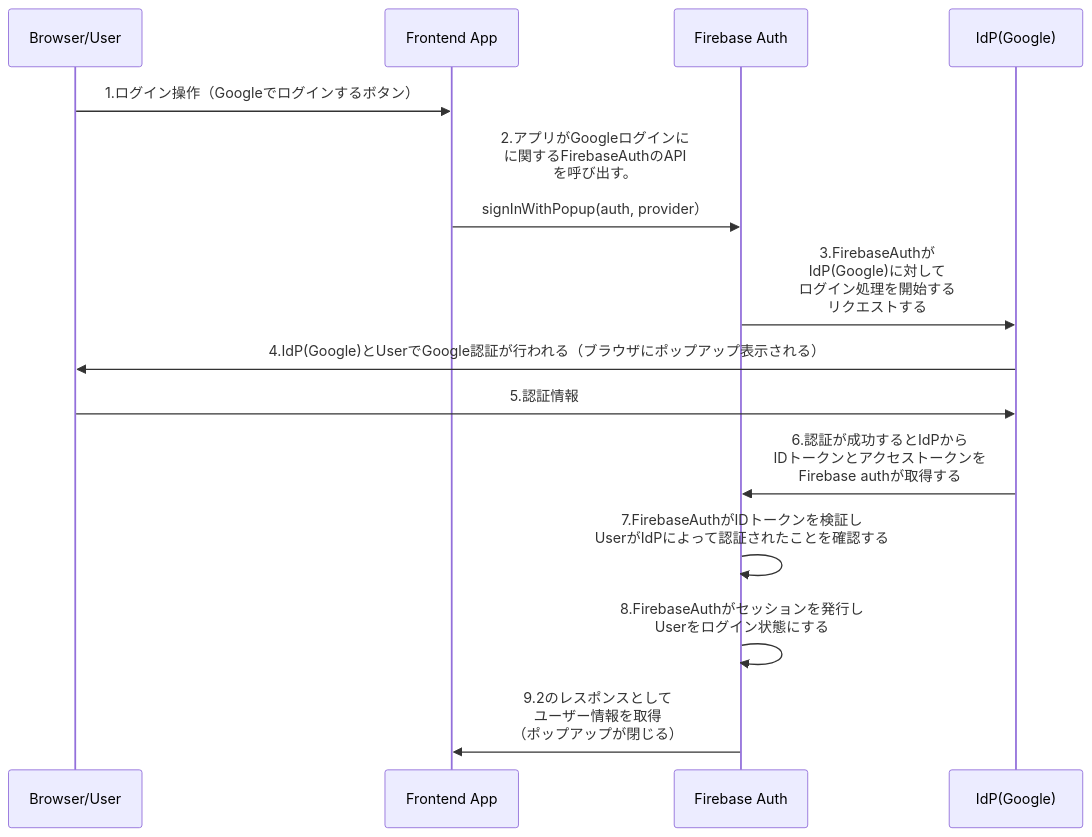
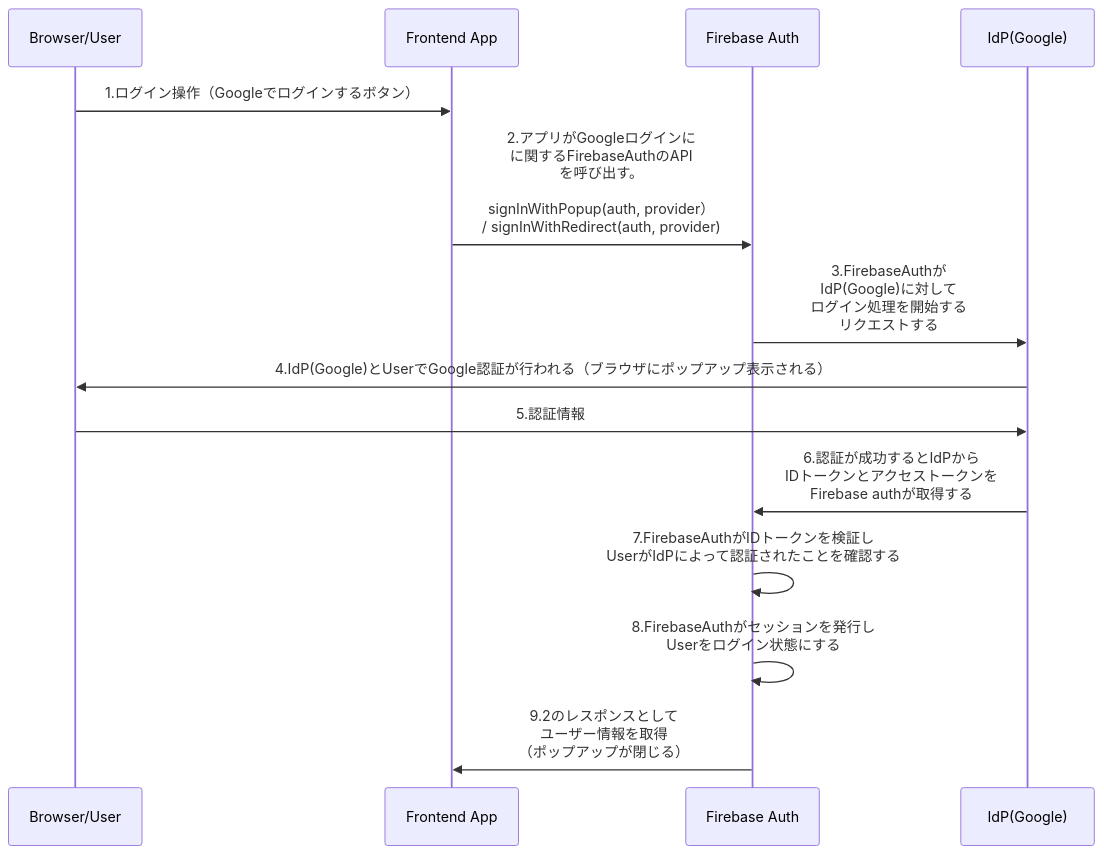
One commit to shimabukuromeg/social-login-firebase-sample changed the diagram in README.md. Above: the diagram before and after it, drawn with Mermaid.

````diff
--- a/README.md
+++ b/README.md
@@ -27,16 +27,16 @@
 ```mermaid
 sequenceDiagram
     participant A as Browser/User
     participant B as Frontend App
     participant C as Firebase Auth
     participant D as IdP(Google)
     A->>B: 1.ログイン操作（Googleでログインするボタン）
-    B->>C: 2.アプリがGoogleログインに<br />に関するFirebaseAuthのAPI<br>を呼び出す。<br><br>signInWithPopup(auth, provider）
+    B->>C: 2.アプリがGoogleログインに<br />に関するFirebaseAuthのAPI<br>を呼び出す。<br><br>signInWithPopup(auth, provider）<br>/ signInWithRedirect(auth, provider);
     C->>D: 3.FirebaseAuthが<br>IdP(Google)に対して<br>ログイン処理を開始する<br>リクエストする
     D->>A: 4.IdP(Google)とUserでGoogle認証が行われる（ブラウザにポップアップ表示される）
     A->>D: 5.認証情報
     D->>C: 6.認証が成功するとIdPから<br>IDトークンとアクセストークンを<br>Firebase authが取得する
     C->>C: 7.FirebaseAuthがIDトークンを検証し<br>UserがIdPによって認証されたことを確認する
     C->>C: 8.FirebaseAuthがセッションを発行し<br>Userをログイン状態にする
     C->>B: 9.2のレスポンスとして<br>ユーザー情報を取得<br>（ポップアップが閉じる）
 ```
````
